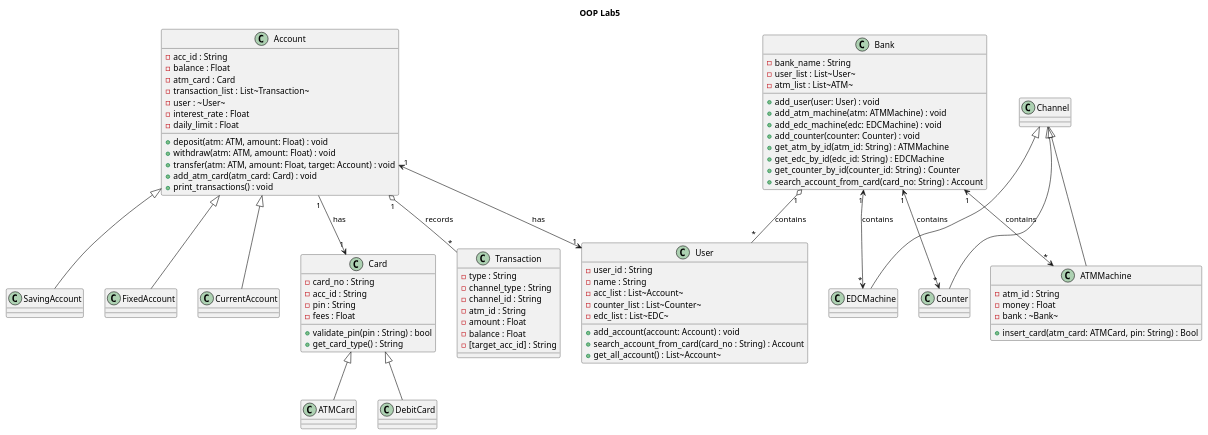
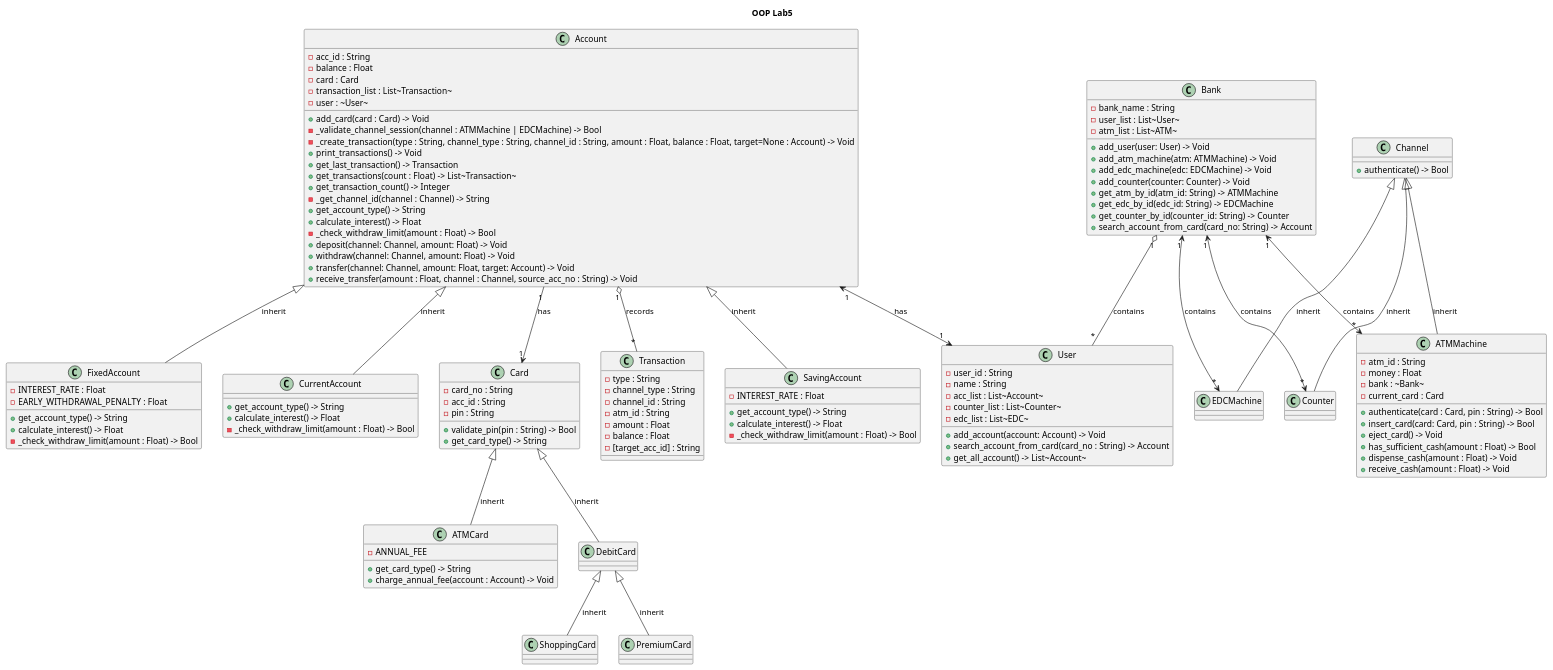
One commit to WaroonRagwongsiri/OOP changed the diagram in Lab #5 Inheritance/diagram.puml. Above: the diagram before and after it, drawn with PlantUML.

Commit message:
updated diagram (unfinished)

```diff
--- a/Lab #5 Inheritance/diagram.puml
+++ b/Lab #5 Inheritance/diagram.puml
@@ -1,136 +1,172 @@
 @startuml OOP Lab5
 title OOP Lab5
 
 class Bank
 {
 	- bank_name : String
 	- user_list : List~User~
 	- atm_list : List~ATM~
-	+ add_user(user: User) : void
-	+ add_atm_machine(atm: ATMMachine) : void
-	+ add_edc_machine(edc: EDCMachine) : void
-	+ add_counter(counter: Counter) : void
-	+ get_atm_by_id(atm_id: String) : ATMMachine
-	+ get_edc_by_id(edc_id: String) : EDCMachine
-	+ get_counter_by_id(counter_id: String) : Counter
-	+ search_account_from_card(card_no: String) : Account
+	+ add_user(user: User) -> Void
+	+ add_atm_machine(atm: ATMMachine) -> Void
+	+ add_edc_machine(edc: EDCMachine) -> Void
+	+ add_counter(counter: Counter) -> Void
+	+ get_atm_by_id(atm_id: String) -> ATMMachine
+	+ get_edc_by_id(edc_id: String) -> EDCMachine
+	+ get_counter_by_id(counter_id: String) -> Counter
+	+ search_account_from_card(card_no: String) -> Account
 }
 
 class User
 {
 	- user_id : String
 	- name : String
 	- acc_list : List~Account~
 	- counter_list : List~Counter~
 	- edc_list : List~EDC~
-	+ add_account(account: Account) : void
-	+ search_account_from_card(card_no : String) : Account
-	+ get_all_account() : List~Account~
-}
-
-class Card
-{
-	- card_no : String
-	- acc_id : String
-	- pin : String
-	- fees : Float
-	+ validate_pin(pin : String) : bool
-	+ get_card_type() : String
-}
-
-class Account
-{
-	- acc_id : String
-	- balance : Float
-	- atm_card : Card
-	- transaction_list : List~Transaction~
-	- user : ~User~
-	- interest_rate : Float
-	- daily_limit : Float
-	+ deposit(atm: ATM, amount: Float) : void
-	+ withdraw(atm: ATM, amount: Float) : void
-	+ transfer(atm: ATM, amount: Float, target: Account) : void
-	+ add_atm_card(atm_card: Card) : void
-	+ print_transactions() : void
+	+ add_account(account: Account) -> Void
+	+ search_account_from_card(card_no : String) -> Account
+	+ get_all_account() -> List~Account~
 }
 
 class Transaction
 {
 	- type : String
 	- channel_type : String
 	- channel_id : String
 	- atm_id : String
 	- amount : Float
 	- balance : Float
 	- [target_acc_id] : String
 }
 
+class Account
+{
+	- acc_id : String
+	- balance : Float
+	- card : Card
+	- transaction_list : List~Transaction~
+	- user : ~User~
+	+ add_card(card : Card) -> Void
+	- _validate_channel_session(channel : ATMMachine | EDCMachine) -> Bool
+	- _create_transaction(type : String, channel_type : String, channel_id : String, amount : Float, balance : Float, target=None : Account) -> Void
+	+ print_transactions() -> Void
+	+ get_last_transaction() -> Transaction
+	+ get_transactions(count : Float) -> List~Transaction~
+	+ get_transaction_count() -> Integer
+	- _get_channel_id(channel : Channel) -> String
+	+ get_account_type() -> String
+	+ calculate_interest() -> Float
+	- _check_withdraw_limit(amount : Float) -> Bool
+	+ deposit(channel: Channel, amount: Float) -> Void
+	+ withdraw(channel: Channel, amount: Float) -> Void
+	+ transfer(channel: Channel, amount: Float, target: Account) -> Void
+	+ receive_transfer(amount : Float, channel : Channel, source_acc_no : String) -> Void
+}
+
 class SavingAccount
 {
-
+	- INTEREST_RATE : Float
+	+ get_account_type() -> String
+	+ calculate_interest() -> Float
+	- _check_withdraw_limit(amount : Float) -> Bool
 }
 
 class FixedAccount
 {
-
+	- INTEREST_RATE : Float
+	- EARLY_WITHDRAWAL_PENALTY : Float
+	+ get_account_type() -> String
+	+ calculate_interest() -> Float
+	- _check_withdraw_limit(amount : Float) -> Bool
 }
 
 class CurrentAccount
 {
+	+ get_account_type() -> String
+	+ calculate_interest() -> Float
+	- _check_withdraw_limit(amount : Float) -> Bool
+}
 
+class Card
+{
+	- card_no : String
+	- acc_id : String
+	- pin : String
+	+ validate_pin(pin : String) -> Bool
+	+ get_card_type() -> String
 }
 
 class ATMCard
 {
-
+	- ANNUAL_FEE
+	+ get_card_type() -> String
+	+ charge_annual_fee(account : Account) -> Void
 }
 
 class DebitCard
 {
 
 }
 
+class ShoppingCard
+{
+	
+}
+
+class PremiumCard
+{
+
+}
+
 class Channel
 {
-
+	+ authenticate() -> Bool
 }
 
 class ATMMachine
 {
 	- atm_id : String
 	- money : Float
 	- bank : ~Bank~
-	+ insert_card(atm_card: ATMCard, pin: String) : Bool
+	- current_card : Card
+	+ authenticate(card : Card, pin : String) -> Bool
+	+ insert_card(card: Card, pin : String) -> Bool
+	+ eject_card() -> Void
+	+ has_sufficient_cash(amount : Float) -> Bool
+	+ dispense_cash(amount : Float) -> Void
+	+ receive_cash(amount : Float) -> Void
 }
 
 class Counter
 {
 
 }
 
 class EDCMachine
 {
 
 }
 
 ' Bank
 Bank "1" o-- "*" User : contains
 Bank "1" <--> "*" ATMMachine : contains
 Bank "1" <--> "*" Counter : contains
 Bank "1" <--> "*" EDCMachine : contains
 ' Account
 Account "1" <--> "1" User : has
 Account "1" --> "1" Card : has
 Account "1" o-- "*" Transaction : records
 ' Account type
-Account <|-- SavingAccount
-Account <|-- FixedAccount
-Account <|-- CurrentAccount
+Account <|-- SavingAccount : inherit
+Account <|-- FixedAccount : inherit
+Account <|-- CurrentAccount : inherit
 ' Card type
-Card <|-- ATMCard
-Card <|-- DebitCard
+Card <|-- ATMCard : inherit
+Card <|-- DebitCard : inherit
+DebitCard <|-- ShoppingCard : inherit
+DebitCard <|-- PremiumCard : inherit
 ' Channel type
-Channel <|-- ATMMachine
-Channel <|-- Counter
-Channel <|-- EDCMachine
+Channel <|-- ATMMachine : inherit
+Channel <|-- Counter : inherit
+Channel <|-- EDCMachine : inherit
 @enduml
```
